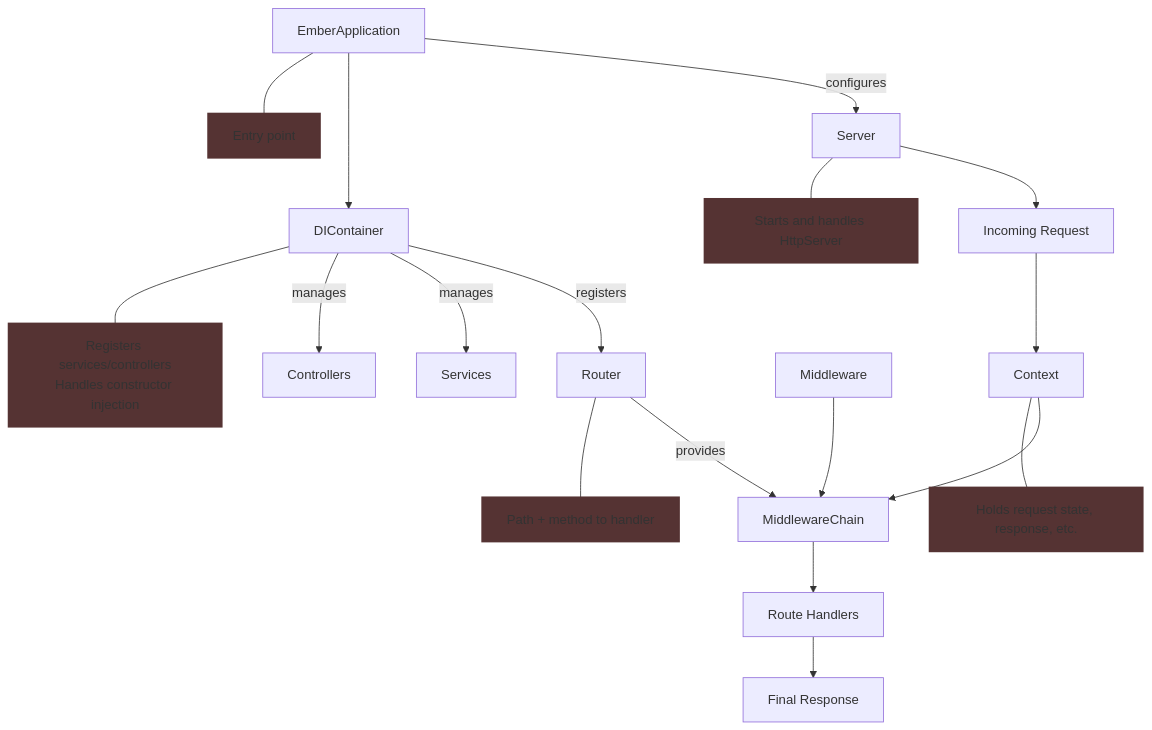
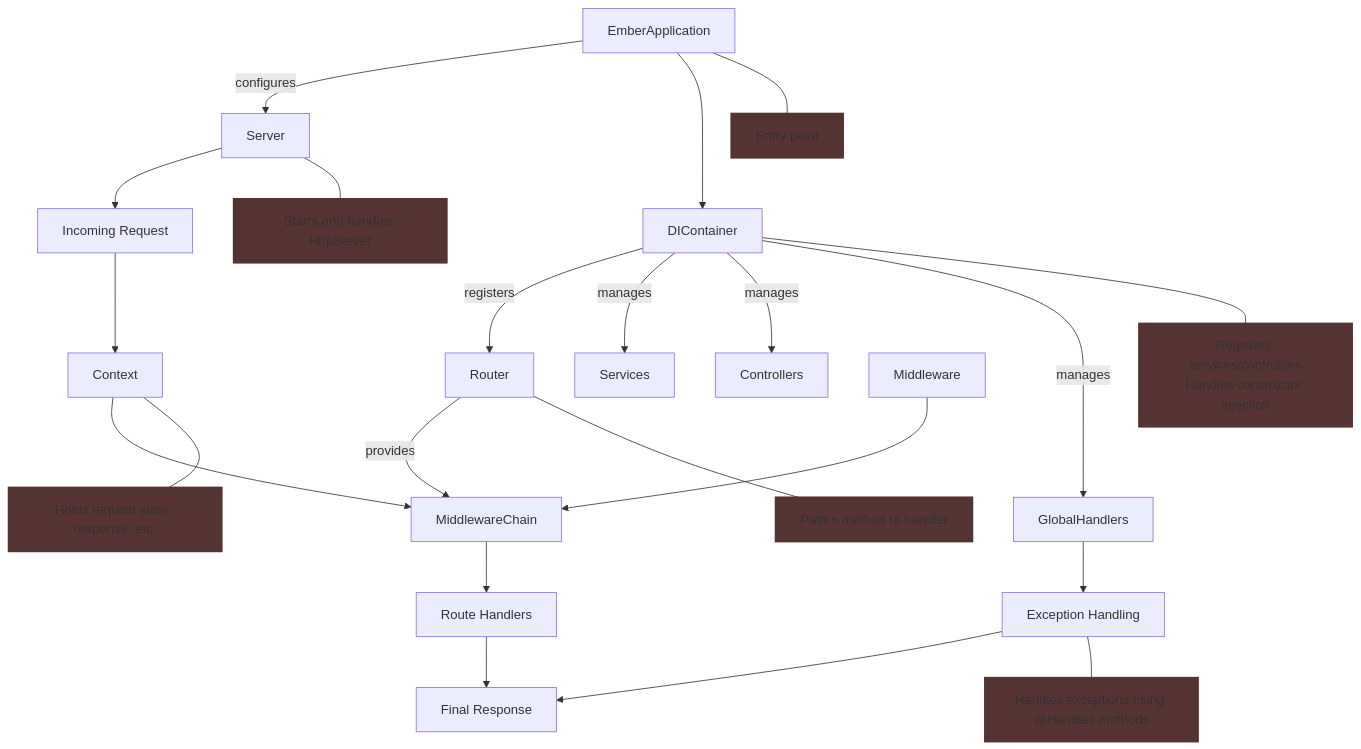
One commit to renatompf/ember-project changed the diagram in README.md. Above: the diagram before and after it, drawn with Mermaid.

Commit message:
Update mermaid architecture readme (#14)
* Update README diagram to include global handlers and exceptions

Added "GlobalHandlers" and "Exception Handling" nodes to the architecture diagram for better clarity. Also updated notes and styling to reflect the new additions.

````diff
--- a/README.md
+++ b/README.md
@@ -14,30 +14,33 @@
 ```mermaid
 flowchart TB
     G[Server] --> H[Incoming Request]
     H --> I[Context]
     I --> D[MiddlewareChain]
 
     A[EmberApplication] --> |configures| G
     A --> B[DIContainer]
 
     B --> |registers| C[Router]
     B --> |manages| Services[Services]
     B --> |manages| Controllers[Controllers]
+    B -->|manages| Handlers[GlobalHandlers]
 
     E[Middleware] --> D
     C --> |provides| D
     D --> F[Route Handlers]
     F --> J[Final Response]
+    Handlers --> K[Exception Handling]
+    K --> J
 
 %% Add notes/descriptions
     A --- Note1[Entry point]
     B --- Note2[Registers services/controllers<br/>Handles constructor injection]
     C --- Note3[Path + method to handler]
     G --- Note4[Starts and handles HttpServer]
     I --- Note5[Holds request state, response, etc.]
+    K --- Note6[Handles exceptions using @Handles methods]
 
 %% Styling
     classDef note fill:#533,stroke:#533,stroke-width:2px
-    class Note1,Note2,Note3,Note4,Note5 note
-    
+    class Note1,Note2,Note3,Note4,Note5,Note6 note
 ```
````
